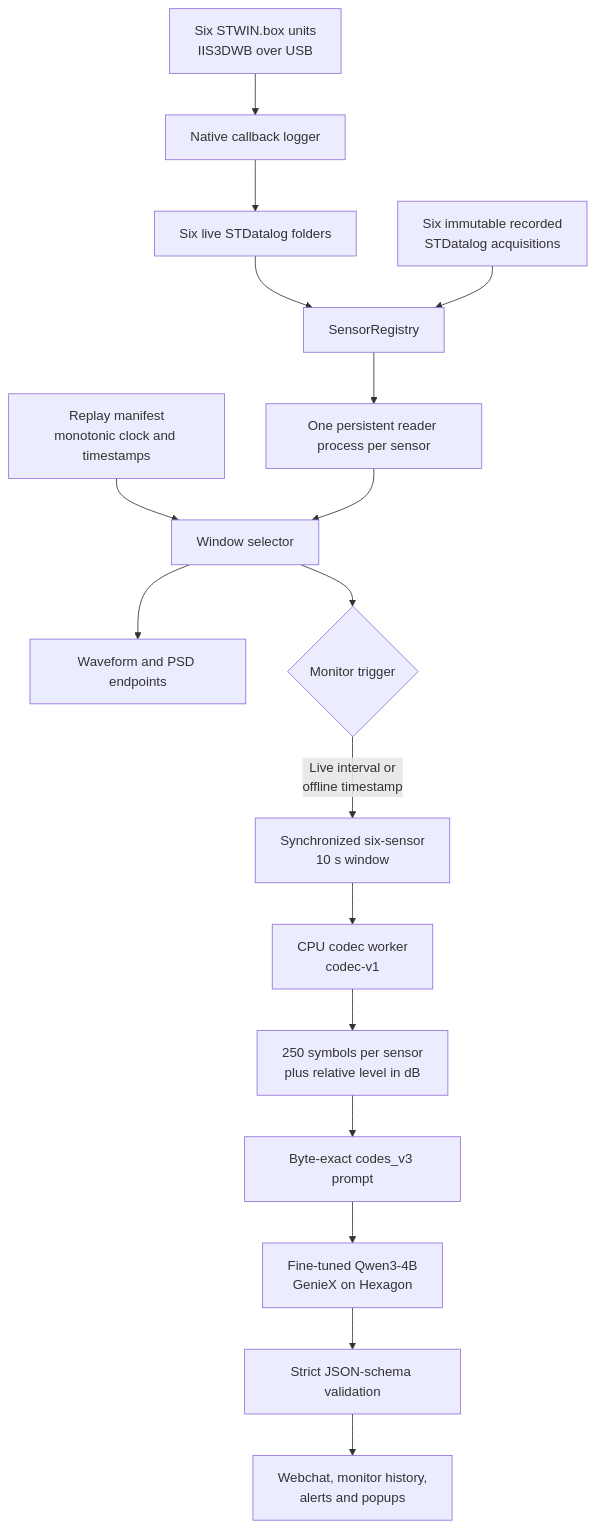
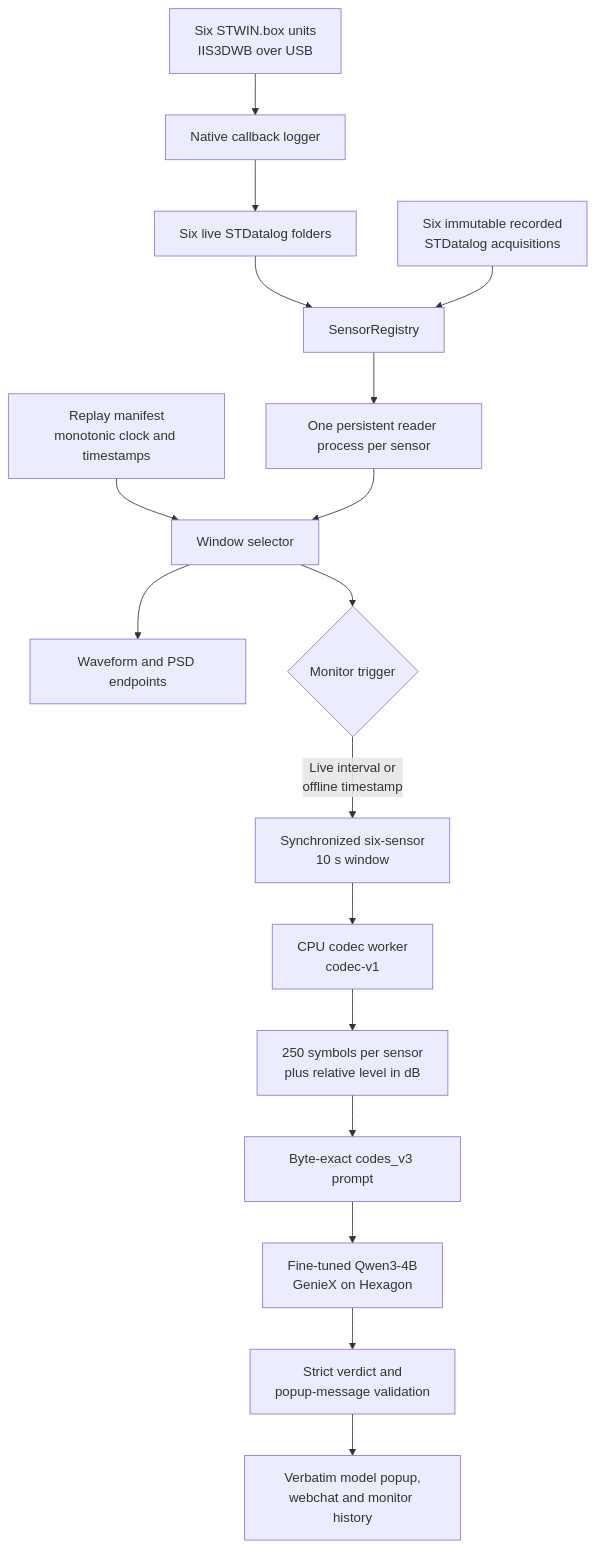
Before and after one commit to hobbitlv1/vibroagent-iq9075-combined: the diagram in README.md, drawn with Mermaid. The commit also changed other lines of this file and 12 other files, not shown here.

Commit message:
Fix live sensor identity and model popups

````diff
--- a/README.md
+++ b/README.md
@@ -261,19 +261,19 @@
 ```mermaid
 flowchart TD
     A[Six STWIN.box units<br/>IIS3DWB over USB] --> B[Native callback logger]
     B --> D[Six live STDatalog folders]
     D --> E[SensorRegistry]
     R[Six immutable recorded<br/>STDatalog acquisitions] --> E
     E --> F[One persistent reader process per sensor]
     Q[Replay manifest<br/>monotonic clock and timestamps] --> G[Window selector]
     F --> G
     G --> H[Waveform and PSD endpoints]
     G --> I{Monitor trigger}
     I -->|Live interval or<br/>offline timestamp| J[Synchronized six-sensor<br/>10 s window]
     J --> K[CPU codec worker<br/>codec-v1]
     K --> L[250 symbols per sensor<br/>plus relative level in dB]
     L --> M[Byte-exact codes_v3 prompt]
     M --> N[Fine-tuned Qwen3-4B<br/>GenieX on Hexagon]
-    N --> O[Strict JSON-schema validation]
-    O --> P[Webchat, monitor history,<br/>alerts and popups]
+    N --> O[Strict verdict and<br/>popup-message validation]
+    O --> P[Verbatim model popup,<br/>webchat and monitor history]
 ```
````
